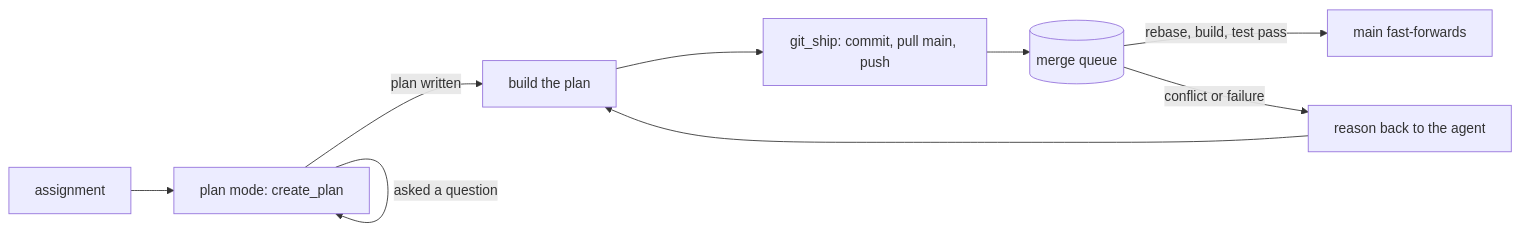
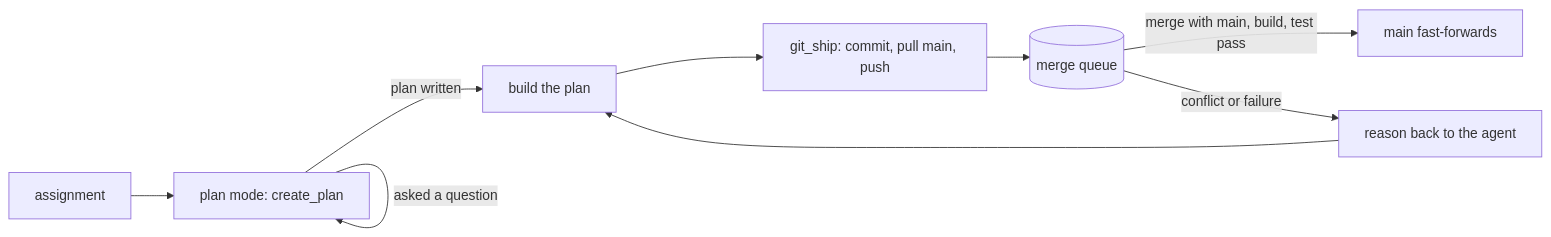
One commit to cypher-asi/aura-harness changed the diagram in docs/software-factory.md. Above: the diagram before and after it, drawn with Mermaid. The commit also changed other lines of this file and 33 other files, not shown here.

````diff
--- a/docs/software-factory.md
+++ b/docs/software-factory.md
@@ -9,11 +9,11 @@
 ```mermaid
 flowchart LR
     A[assignment] --> P[plan mode: create_plan]
     P -- plan written --> B[build the plan]
     P -- asked a question --> P
     B --> S[git_ship: commit, pull main, push]
     S --> Q[(merge queue)]
-    Q -- rebase, build, test pass --> M[main fast-forwards]
+    Q -- merge with main, build, test pass --> M[main fast-forwards]
     Q -- conflict or failure --> F[reason back to the agent]
     F --> B
 ```
````
